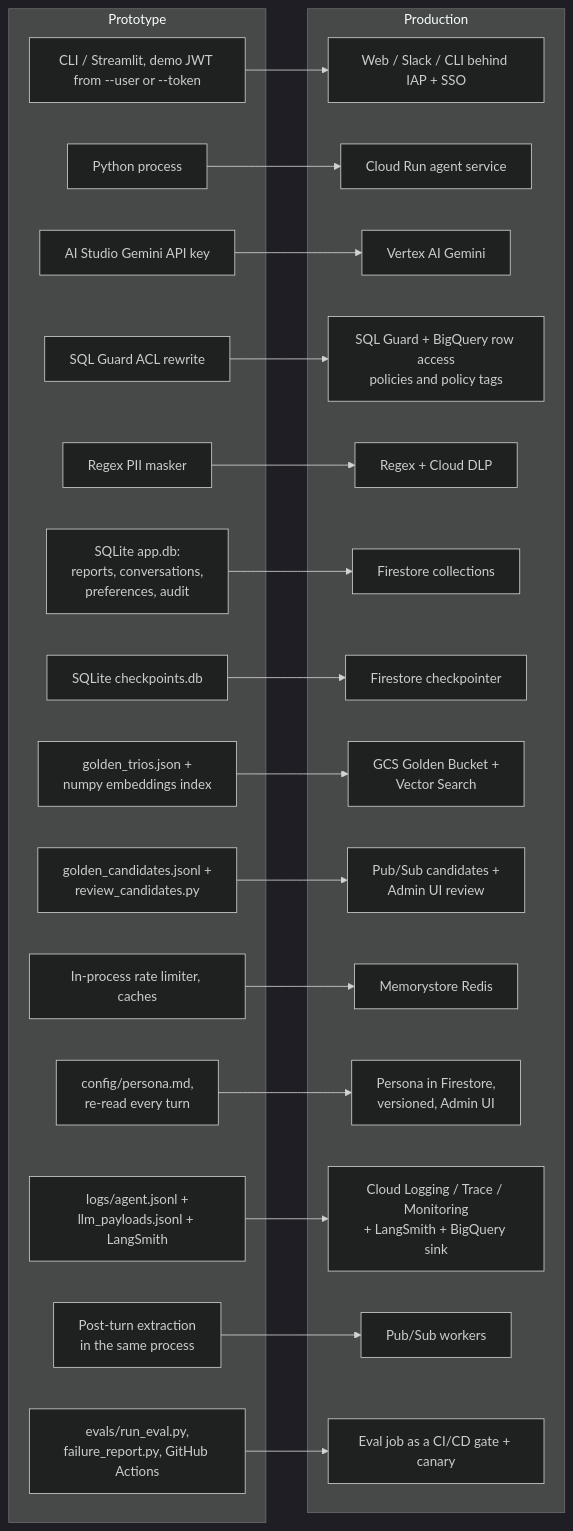
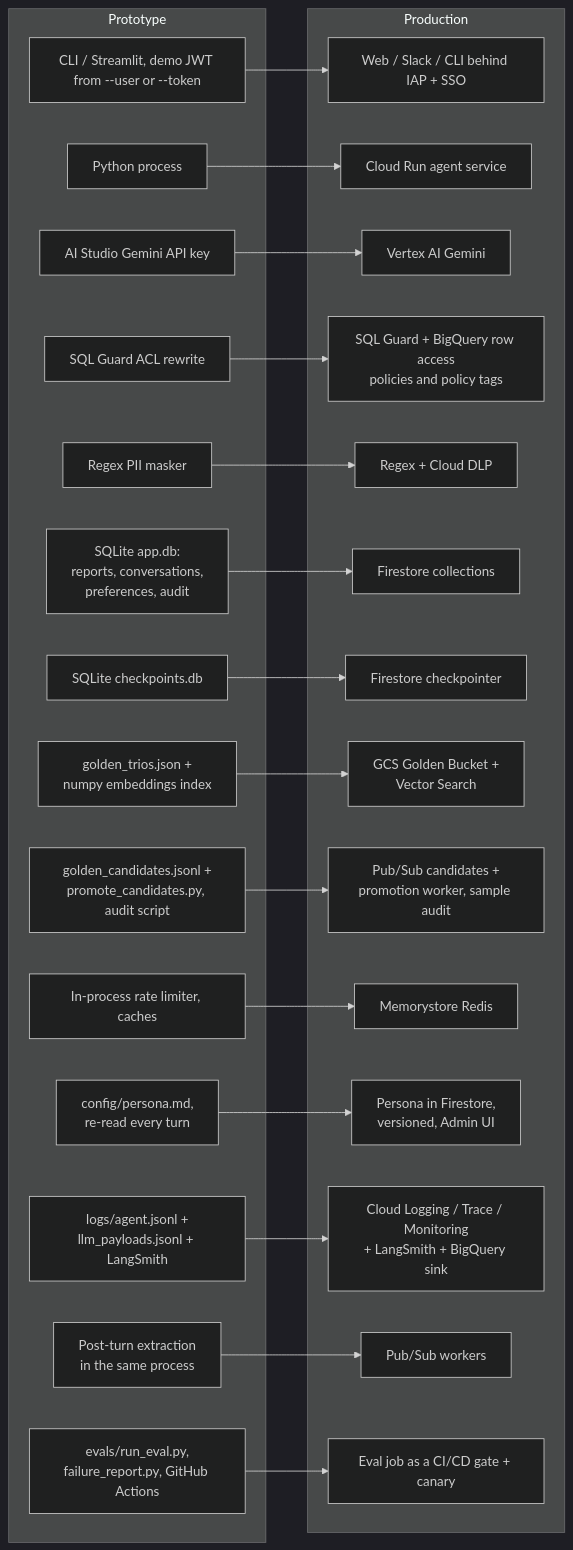
Before and after one commit to Justegoriy/guliaev-retail-agent: the sixth of 6 diagrams in docs/architecture.md, drawn with Mermaid (dark theme). The commit also changed other lines of this file and 13 other files, not shown here.

First line of the commit message:
Step 15.1: automatic promotion of Golden Bucket candidates

````diff
--- a/docs/architecture.md
+++ b/docs/architecture.md
@@ -407,49 +415,49 @@
 ```mermaid
 flowchart LR
     subgraph Prototype
         P1[CLI / Streamlit, demo JWT from --user or --token]
         P2[Python process]
         P3[AI Studio Gemini API key]
         P4[SQL Guard ACL rewrite]
         P5[Regex PII masker]
         P6[SQLite app.db:<br/>reports, conversations,<br/>preferences, audit]
         P7[SQLite checkpoints.db]
         P8[golden_trios.json +<br/>numpy embeddings index]
-        P9[golden_candidates.jsonl +<br/>review_candidates.py]
+        P9[golden_candidates.jsonl +<br/>promote_candidates.py, audit script]
         P10[In-process rate limiter, caches]
         P11[config/persona.md,<br/>re-read every turn]
         P12[logs/agent.jsonl +<br/>llm_payloads.jsonl + LangSmith]
         P13[Post-turn extraction<br/>in the same process]
         P14[evals/run_eval.py,<br/>failure_report.py, GitHub Actions]
     end
     subgraph Production
         R1[Web / Slack / CLI behind IAP + SSO]
         R2[Cloud Run agent service]
         R3[Vertex AI Gemini]
         R4[SQL Guard + BigQuery row access<br/>policies and policy tags]
         R5[Regex + Cloud DLP]
         R6[Firestore collections]
         R7[Firestore checkpointer]
         R8[GCS Golden Bucket +<br/>Vector Search]
-        R9[Pub/Sub candidates +<br/>Admin UI review]
+        R9[Pub/Sub candidates +<br/>promotion worker, sample audit]
         R10[Memorystore Redis]
         R11[Persona in Firestore,<br/>versioned, Admin UI]
         R12[Cloud Logging / Trace / Monitoring<br/>+ LangSmith + BigQuery sink]
         R13[Pub/Sub workers]
         R14[Eval job as a CI/CD gate + canary]
     end
     P1 --> R1
     P2 --> R2
     P3 --> R3
     P4 --> R4
     P5 --> R5
     P6 --> R6
     P7 --> R7
     P8 --> R8
     P9 --> R9
     P10 --> R10
     P11 --> R11
     P12 --> R12
     P13 --> R13
     P14 --> R14
 ```
````
